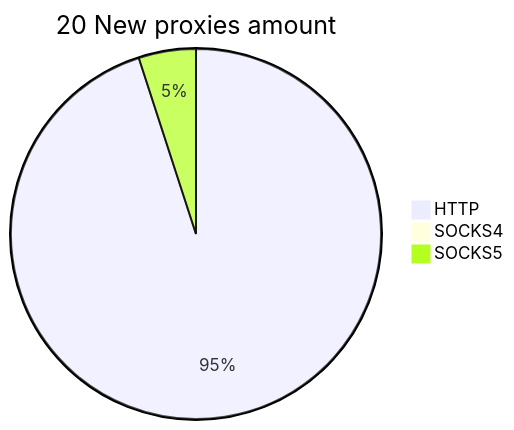
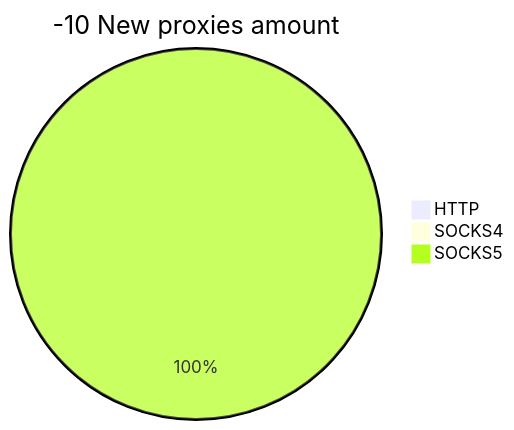
Before and after one commit to cutipu/proxylist: the second of 2 diagrams in README.md, drawn with Mermaid. The commit also changed other lines of this file, not shown here.

````diff
--- a/README.md
+++ b/README.md
@@ -10,6 +10,6 @@
 ```mermaid
-pie title 20 New proxies amount
-    "HTTP" : 19
+pie title -10 New proxies amount
+    "HTTP" : 0
     "SOCKS4" : 0
-    "SOCKS5" : 1
+    "SOCKS5" : 13
 ```
````
